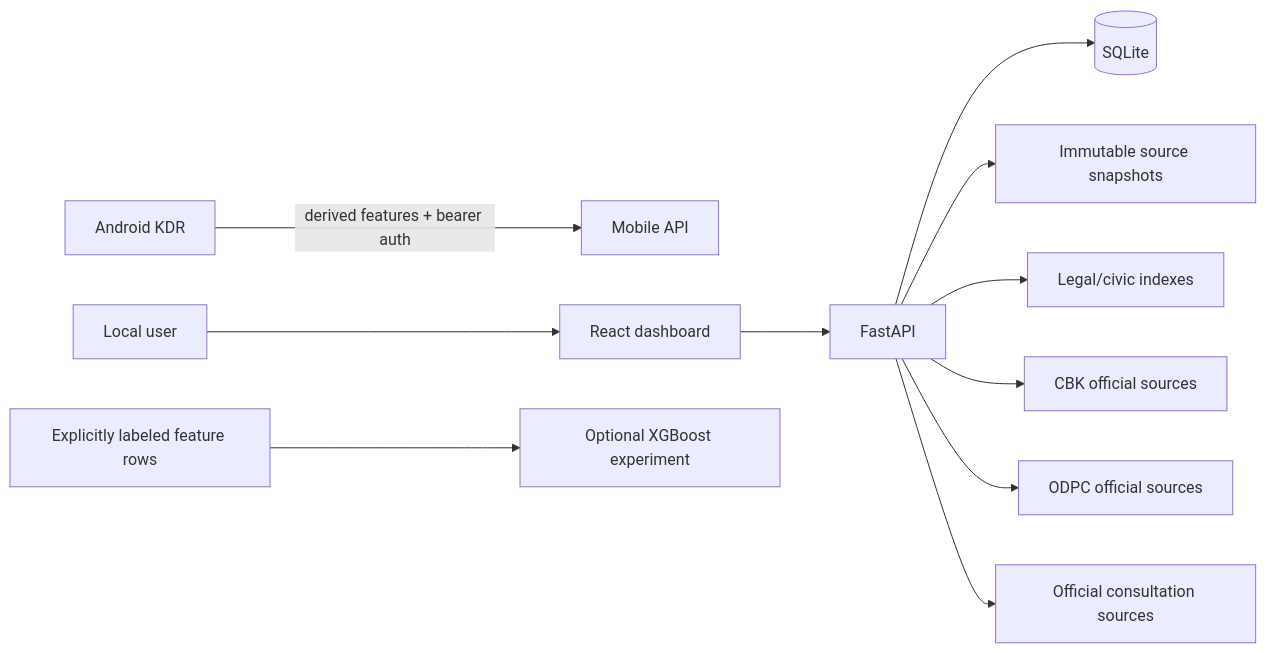
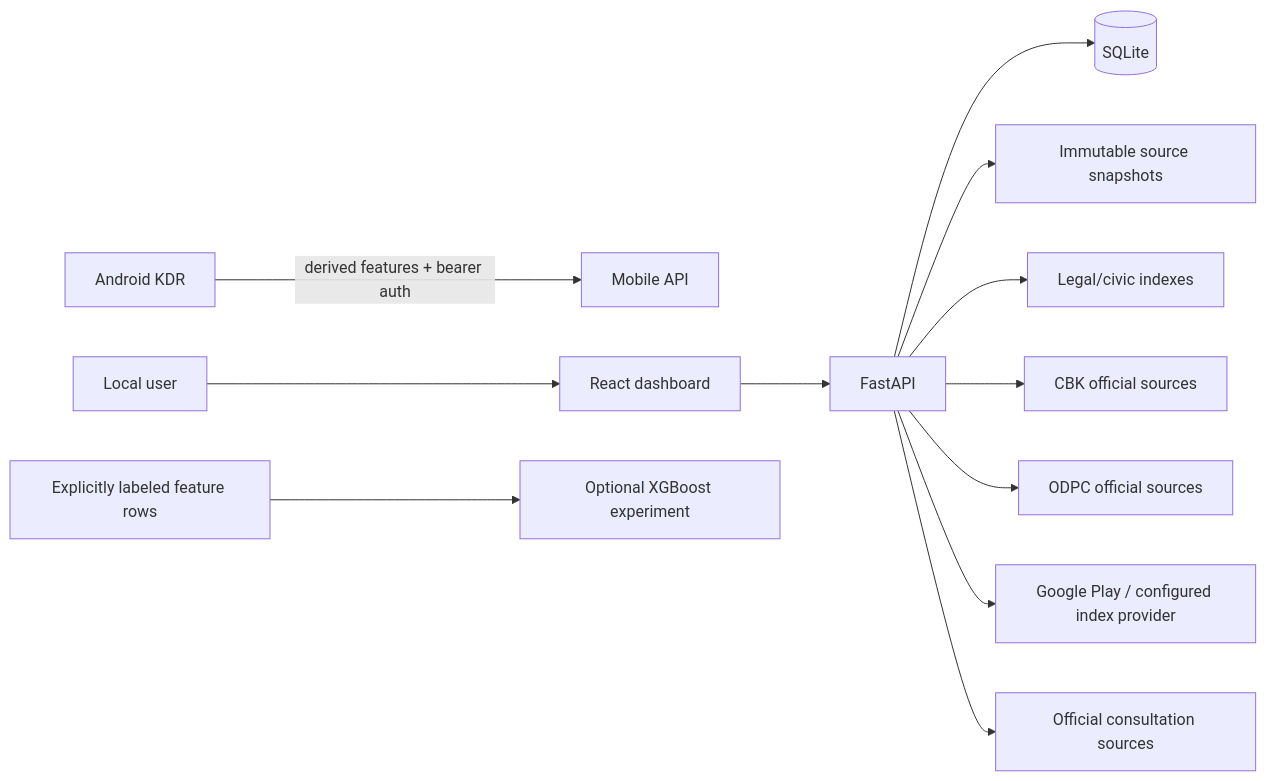
The diagram in README.md (MAPLEIZER/MAPLE-PRIME), drawn with Mermaid before and after one commit. The commit also changed other lines of this file, not shown here.

Commit message:
docs: add full brand and Play provider setup

````diff
--- a/README.md
+++ b/README.md
@@ -344,15 +379,16 @@
 ```mermaid
 flowchart LR
     Android[Android KDR] -->|derived features + bearer auth| MobileAPI[Mobile API]
     User[Local user] --> Web[React dashboard]
     Web --> API[FastAPI]
     API --> DB[(SQLite)]
     API --> Snap[Immutable source snapshots]
     API --> Legal[Legal/civic indexes]
 
     API --> CBK[CBK official sources]
     API --> ODPC[ODPC official sources]
+    API --> Play[Google Play / configured index provider]
     API --> Civic[Official consultation sources]
 
     Features[Explicitly labeled feature rows] --> XGB[Optional XGBoost experiment]
 ```
````
